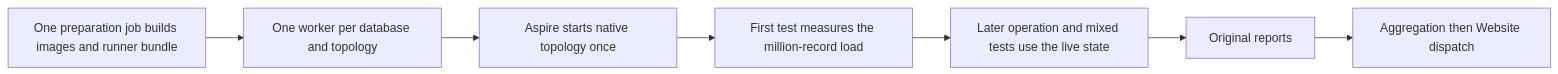
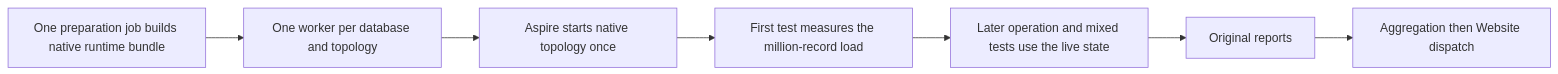
Before and after one commit to managedcode/KeyLoad: the diagram in docs/ADR/ADR-142-shared-live-benchmark-sessions.md, drawn with Mermaid. The commit also changed other lines of this file and 636 other files, not shown here.

````diff
--- a/docs/ADR/ADR-142-shared-live-benchmark-sessions.md
+++ b/docs/ADR/ADR-142-shared-live-benchmark-sessions.md
@@ -10,9 +10,9 @@
 ```mermaid
 flowchart LR
-    Prep[One preparation job builds images and runner bundle] --> Worker[One worker per database and topology]
+    Prep[One preparation job builds native runtime bundle] --> Worker[One worker per database and topology]
     Worker --> Topology[Aspire starts native topology once]
     Topology --> Load[First test measures the million-record load]
     Load --> Ops[Later operation and mixed tests use the live state]
     Ops --> Report[Original reports]
     Report --> Aggregate[Aggregation then Website dispatch]
 ```
````
